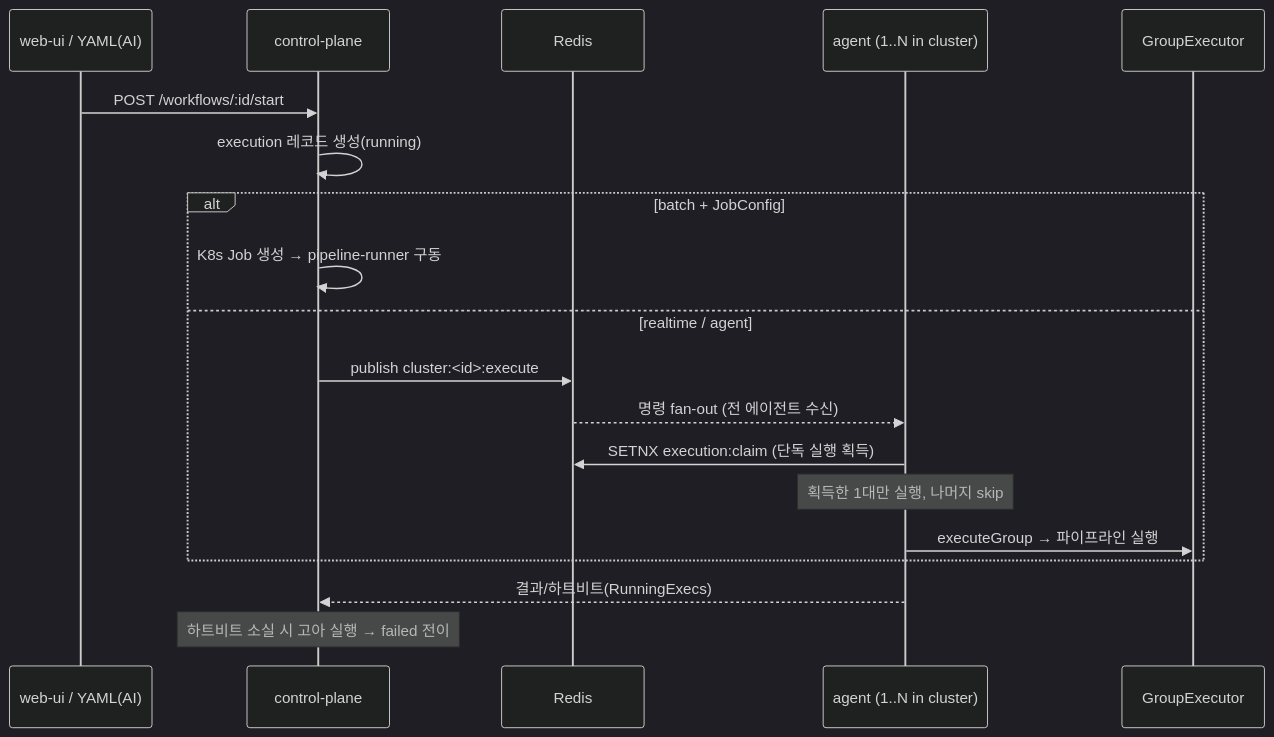
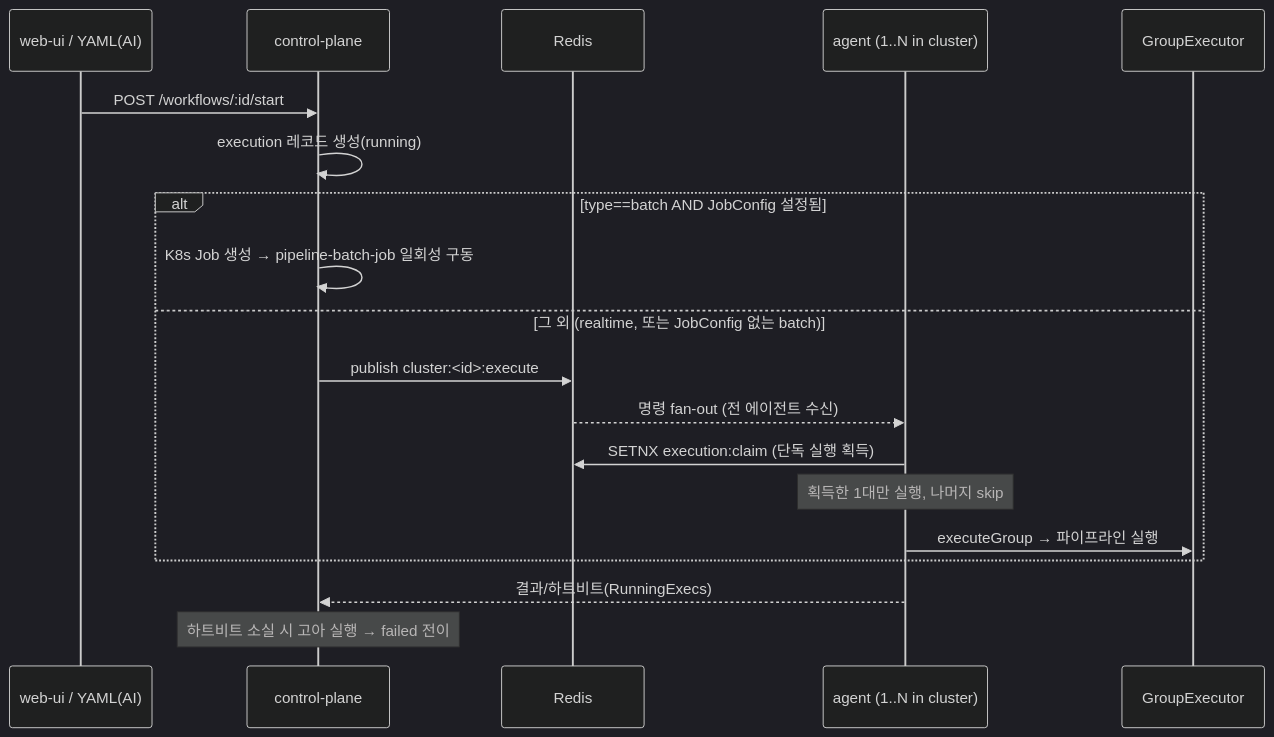
Before and after one commit to conduix/conduix: the third of 4 diagrams in docs/ARCHITECTURE.md, drawn with Mermaid (dark theme). The commit also changed other lines of this file and 48 other files, not shown here.

First line of the commit message:
refactor: rename modules to reflect lifecycle (daemon vs batch-job)

````diff
--- a/docs/ARCHITECTURE.md
+++ b/docs/ARCHITECTURE.md
@@ -98,22 +120,22 @@
 ```mermaid
 sequenceDiagram
     participant U as web-ui / YAML(AI)
     participant CP as control-plane
     participant R as Redis
     participant A as agent (1..N in cluster)
     participant GE as GroupExecutor
 
     U->>CP: POST /workflows/:id/start
     CP->>CP: execution 레코드 생성(running)
-    alt batch + JobConfig
-        CP->>CP: K8s Job 생성 → pipeline-runner 구동
-    else realtime / agent
+    alt type==batch AND JobConfig 설정됨
+        CP->>CP: K8s Job 생성 → pipeline-batch-job 일회성 구동
+    else 그 외 (realtime, 또는 JobConfig 없는 batch)
         CP->>R: publish cluster:<id>:execute
         R-->>A: 명령 fan-out (전 에이전트 수신)
         A->>R: SETNX execution:claim (단독 실행 획득)
         Note over A: 획득한 1대만 실행, 나머지 skip
         A->>GE: executeGroup → 파이프라인 실행
     end
     A-->>CP: 결과/하트비트(RunningExecs)
     Note over CP: 하트비트 소실 시 고아 실행 → failed 전이
 ```
````
